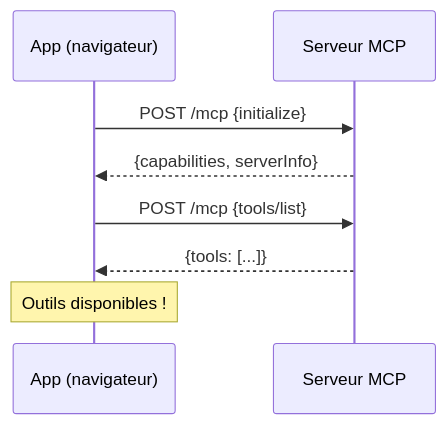
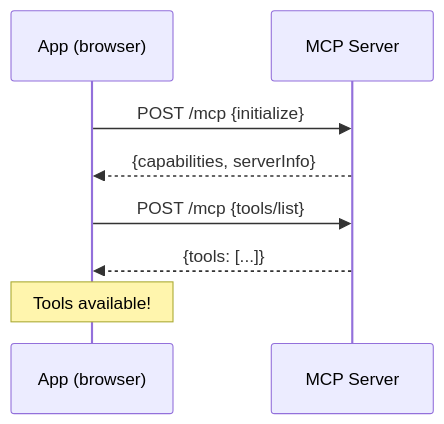
The second of 3 diagrams in docs/starlight/src/content/docs/tutorials/boilerplate.mdx (jeanbaptiste/webmcp-auto-ui), drawn with Mermaid before and after one commit. The commit also changed other lines of this file and 94 other files, not shown here.

````diff
--- a/docs/starlight/src/content/docs/tutorials/boilerplate.mdx
+++ b/docs/starlight/src/content/docs/tutorials/boilerplate.mdx
@@ -124,10 +124,10 @@
 ```mermaid
 sequenceDiagram
-    participant App as App (navigateur)
-    participant MCP as Serveur MCP
+    participant App as App (browser)
+    participant MCP as MCP Server
     App->>MCP: POST /mcp {initialize}
     MCP-->>App: {capabilities, serverInfo}
     App->>MCP: POST /mcp {tools/list}
     MCP-->>App: {tools: [...]}
-    Note over App: Outils disponibles !
+    Note over App: Tools available!
 ```
````
